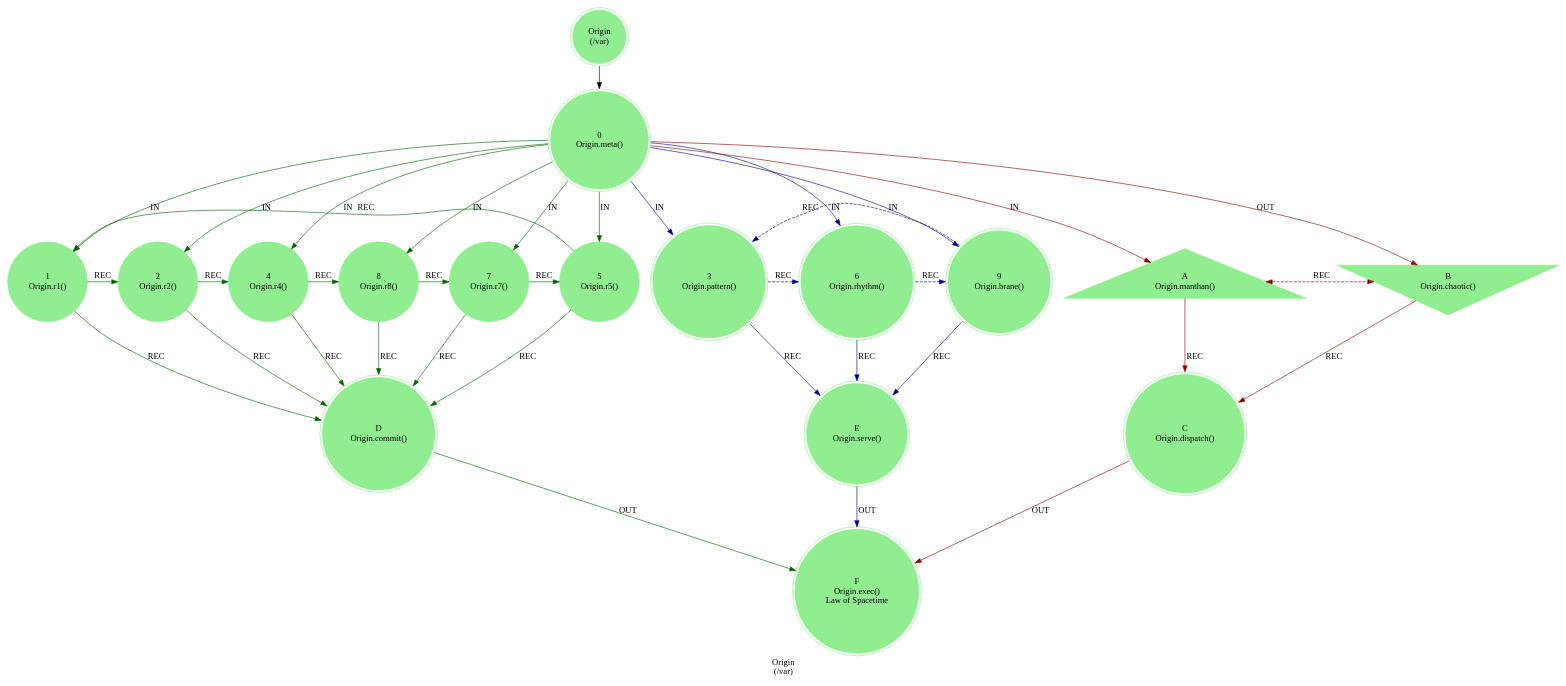
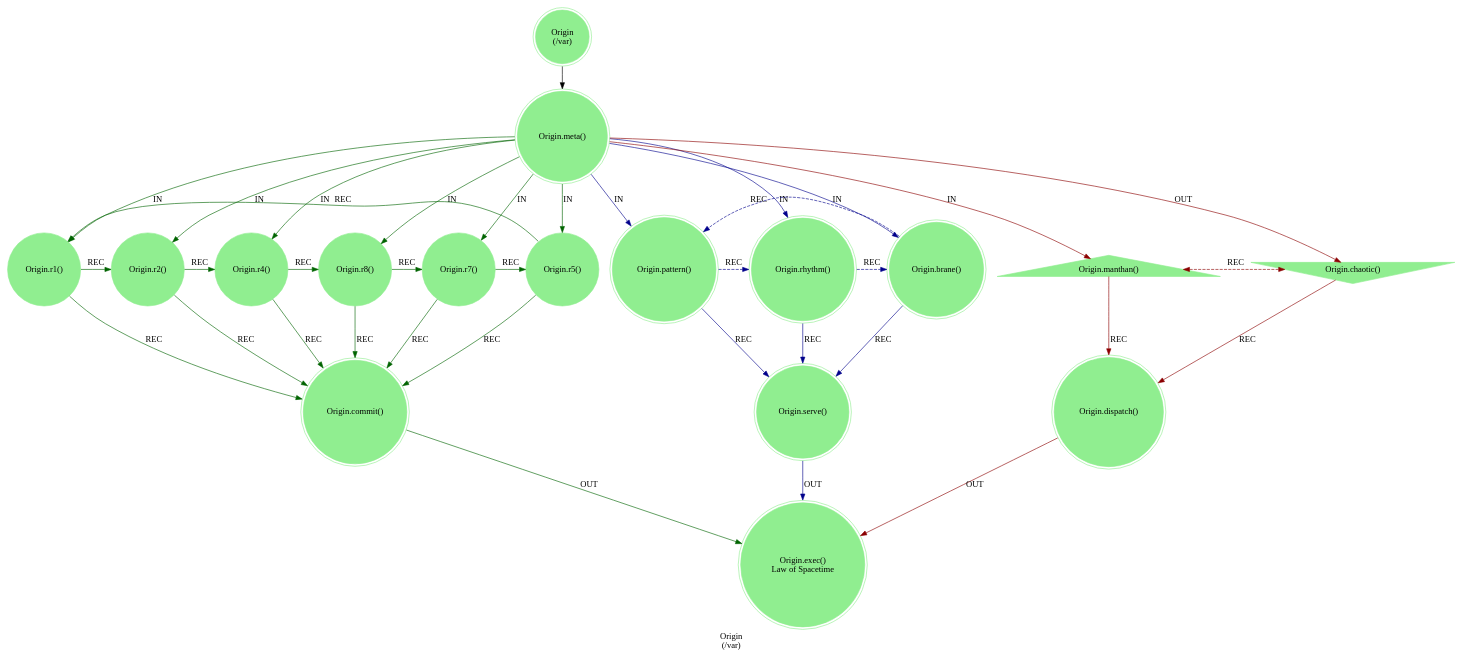
Before and after one commit to cilang/mythos: the diagram in src/core/mythos_var_origin.dot, drawn with Graphviz. The commit also changed 21 other files, not shown here.

```diff
--- a/src/core/mythos_var_origin.dot
+++ b/src/core/mythos_var_origin.dot
@@ -1,48 +1,48 @@
 strict digraph OriginEngine {
     label = "Origin\n(/var)";
     style = filled;
     color = lightgray;
     node [shape = circle; style = filled; color = lightgreen;];
     
     spark_f_mythos_t [label = "Origin\n(/var)";shape = doublecircle;];
     
     // r0::meta();r1,r2,r4,r8,r7,r5;r3,r6,r;ra::receive(),rb::send(),rc::dispatch(),rd::commit(),re::serve(),rf::exec()
-    spark_0_origin_t [label = "0\nOrigin.meta()";shape = doublecircle;comment = "Engine Meta";];
-    spark_1_origin_t [label = "1\nOrigin.r1()";shape = circle;comment = "";];
-    spark_2_origin_t [label = "2\nOrigin.r2()";shape = circle;comment = "";];
-    spark_4_origin_t [label = "4\nOrigin.r4()";shape = circle;comment = "";];
-    spark_8_origin_t [label = "8\nOrigin.r8()";shape = circle;comment = "";];
-    spark_7_origin_t [label = "7\nOrigin.r7()";shape = circle;comment = "";];
-    spark_5_origin_t [label = "5\nOrigin.r5()";shape = circle;comment = "";];
-    spark_3_origin_t [label = "3\nOrigin.pattern()";shape = doublecircle;comment = "";];
-    spark_6_origin_t [label = "6\nOrigin.rhythm()";shape = doublecircle;comment = "";];
-    spark_9_origin_t [label = "9\nOrigin.brane()";shape = doublecircle;comment = "Brane Object, Brane World, Brane Lifeform";];
-    spark_a_origin_t [label = "A\nOrigin.manthan()";shape = triangle;comment = "`/var/manthan`";];
-    spark_b_origin_t [label = "B\nOrigin.chaotic()";shape = invtriangle;comment = "`/var/chaotic`";];
-    spark_c_origin_t [label = "C\nOrigin.dispatch()";shape = doublecircle;comment = "";];
-    spark_d_origin_t [label = "D\nOrigin.commit()";shape = doublecircle;comment = "";];
-    spark_e_origin_t [label = "E\nOrigin.serve()";shape = doublecircle;comment = "`/var`";];
-    spark_f_origin_t [label = "F\nOrigin.exec()\nLaw of Spacetime";shape = doublecircle;comment = "";];
+    spark_0_origin_t [label = "Origin.meta()";shape = doublecircle;comment = "Engine Meta";];
+    spark_1_origin_t [label = "Origin.r1()";shape = circle;comment = "";];
+    spark_2_origin_t [label = "Origin.r2()";shape = circle;comment = "";];
+    spark_4_origin_t [label = "Origin.r4()";shape = circle;comment = "";];
+    spark_8_origin_t [label = "Origin.r8()";shape = circle;comment = "";];
+    spark_7_origin_t [label = "Origin.r7()";shape = circle;comment = "";];
+    spark_5_origin_t [label = "Origin.r5()";shape = circle;comment = "";];
+    spark_3_origin_t [label = "Origin.pattern()";shape = doublecircle;comment = "";];
+    spark_6_origin_t [label = "Origin.rhythm()";shape = doublecircle;comment = "";];
+    spark_9_origin_t [label = "Origin.brane()";shape = doublecircle;comment = "Brane Object, Brane World, Brane Lifeform";];
+    spark_a_origin_t [label = "Origin.manthan()";shape = triangle;comment = "`/var/manthan`";];
+    spark_b_origin_t [label = "Origin.chaotic()";shape = invtriangle;comment = "`/var/chaotic`";];
+    spark_c_origin_t [label = "Origin.dispatch()";shape = doublecircle;comment = "";];
+    spark_d_origin_t [label = "Origin.commit()";shape = doublecircle;comment = "";];
+    spark_e_origin_t [label = "Origin.serve()";shape = doublecircle;comment = "`/var`";];
+    spark_f_origin_t [label = "Origin.exec()\nLaw of Spacetime";shape = doublecircle;comment = "";];
     
     // IN = Input
     // OUT = Output
     // REC = Recursion
     spark_0_origin_t -> spark_a_origin_t [label = "IN"; color = darkred; comment = "";];
     spark_0_origin_t -> spark_b_origin_t [label = "OUT"; color = darkred; comment = "";];
     spark_0_origin_t -> {spark_3_origin_t spark_6_origin_t spark_9_origin_t} [label = "IN"; color = darkblue; comment = "";];
     spark_0_origin_t -> {spark_1_origin_t spark_2_origin_t spark_4_origin_t spark_5_origin_t spark_7_origin_t spark_8_origin_t} [label = "IN"; color = darkgreen; comment = "";];
     
     {spark_a_origin_t spark_b_origin_t} -> spark_c_origin_t [label = "REC"; color = darkred; comment = "";];
     {spark_3_origin_t spark_6_origin_t spark_9_origin_t} -> spark_e_origin_t [label = "REC"; color = darkblue; comment = "";];
     {spark_1_origin_t spark_2_origin_t spark_4_origin_t spark_8_origin_t spark_7_origin_t spark_5_origin_t} -> spark_d_origin_t [label = "REC"; color = darkgreen; comment = "";];
     
     spark_3_origin_t -> spark_6_origin_t -> spark_9_origin_t -> spark_3_origin_t [label = "REC"; color = darkblue; comment = ""; style = dashed; constraint = false;];
     spark_a_origin_t -> spark_b_origin_t [label = "REC"; color = darkred; comment = ""; style = dashed; constraint = false; dir = both;];
     spark_1_origin_t -> spark_2_origin_t -> spark_4_origin_t -> spark_8_origin_t -> spark_7_origin_t -> spark_5_origin_t -> spark_1_origin_t [label = "REC"; color = darkgreen; comment = ""; style = dassed; constraint = false;];
     
     spark_e_origin_t -> spark_f_origin_t [label = "OUT"; color = darkblue; comment = "";];
     spark_c_origin_t -> spark_f_origin_t [label = "OUT"; color = darkred; comment = "";];
     spark_d_origin_t -> spark_f_origin_t [label = "OUT"; color = darkgreen; comment = "";];
     
     spark_f_mythos_t -> spark_0_origin_t;
 }
```
